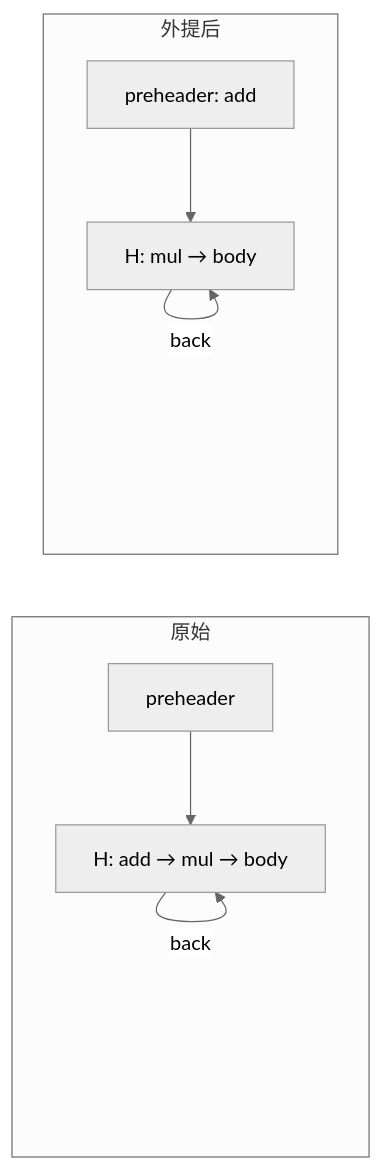
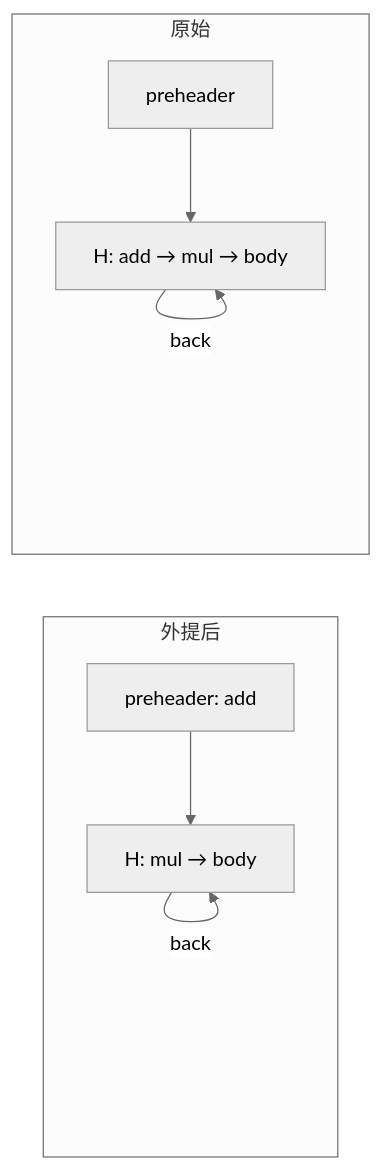
Before and after one commit to lightsmilew/compiler-principles: the third of 4 diagrams in docs/optim/ir-licm.md, drawn with Mermaid (neutral theme). The commit also changed other lines of this file and 36 other files, not shown here.

````diff
--- a/docs/optim/ir-licm.md
+++ b/docs/optim/ir-licm.md
@@ -134,11 +138,12 @@
 ```mermaid
+%% 同上：先写「外提后」，渲染出来才是上=原始、下=外提后。
 flowchart LR
+  subgraph 外提后
+    PH2[preheader: add] --> H2[H: mul → body]
+    H2 -- back --> H2
+  end
   subgraph 原始
     PH1[preheader] --> H1[H: add → mul → body]
     H1 -- back --> H1
   end
-  subgraph 外提后
-    PH2[preheader: add] --> H2[H: mul → body]
-    H2 -- back --> H2
-  end
 ```
````
